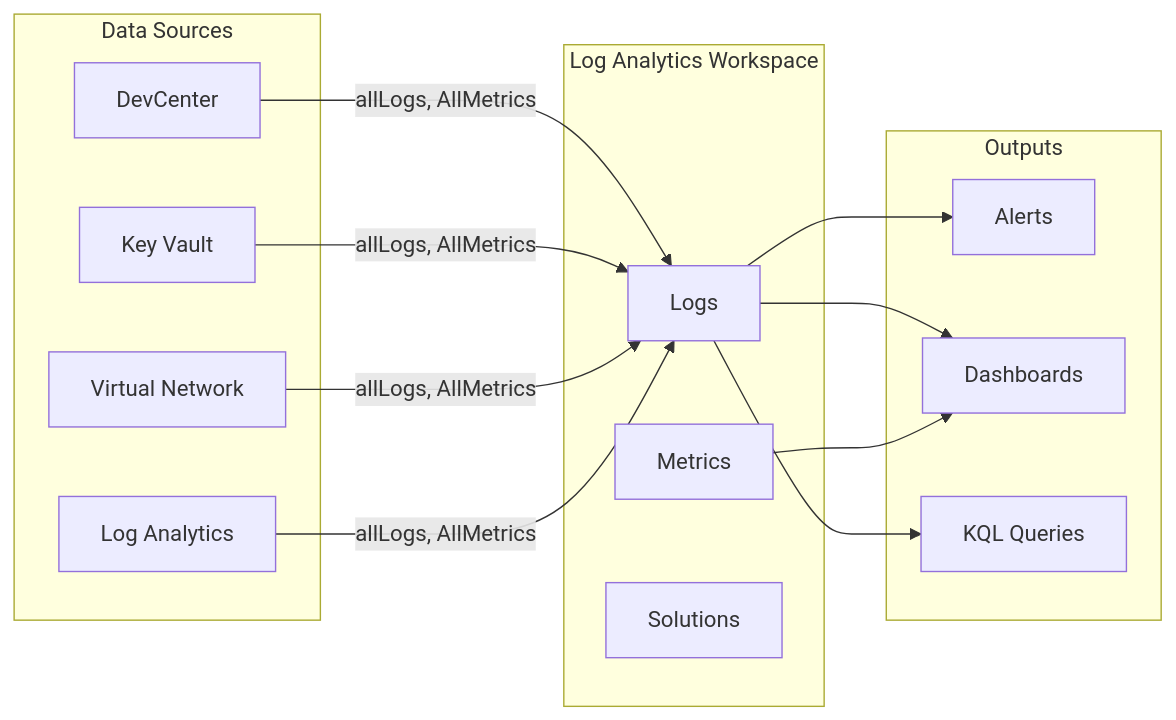
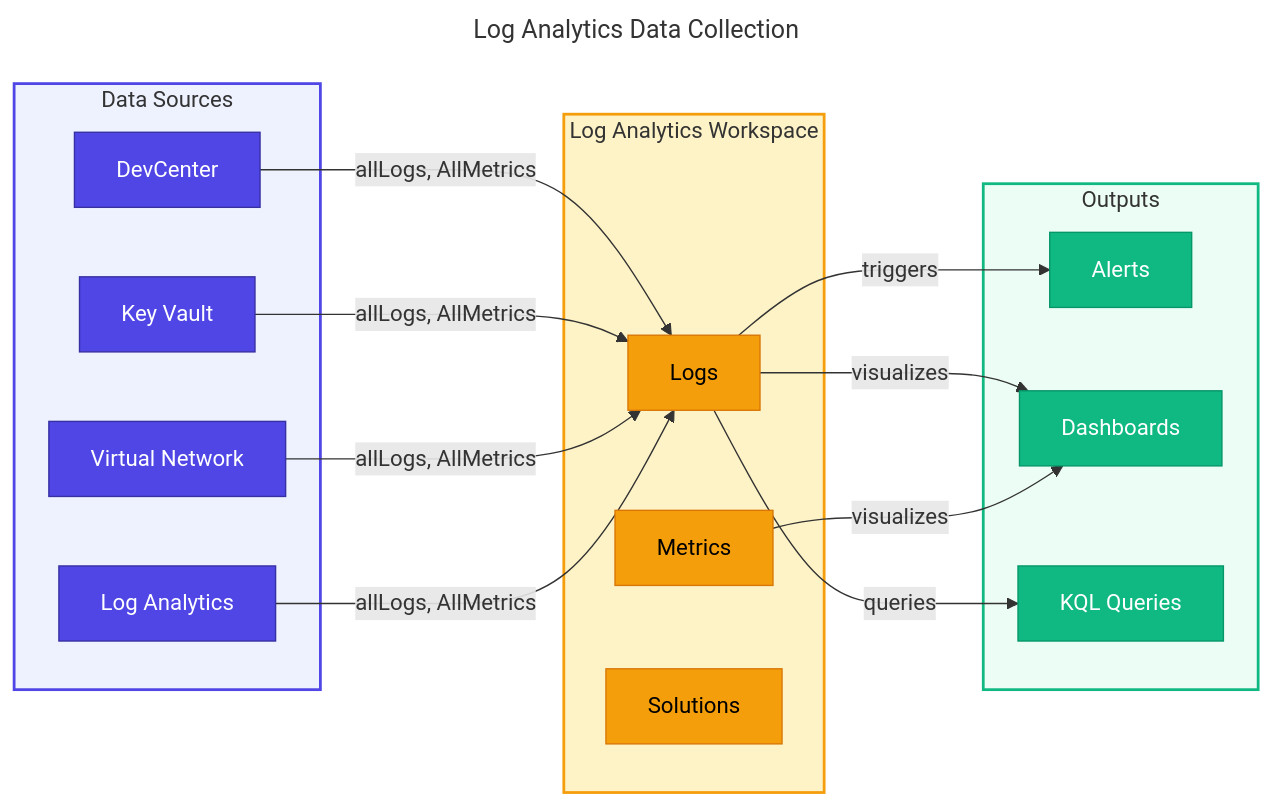
The seventh of 13 diagrams in docs/architecture/02-data-architecture.md (Evilazaro/DevExp-DevBox), drawn with Mermaid before and after one commit. The commit also changed other lines of this file, not shown here.

Commit message:
Refactor data architecture documentation to enhance clarity and detail in diagrams and relationships

````diff
--- a/docs/architecture/02-data-architecture.md
+++ b/docs/architecture/02-data-architecture.md
@@ -395,31 +435,53 @@
 ```mermaid
+---
+title: Log Analytics Data Collection
+---
 flowchart LR
+    %% ===== STYLE DEFINITIONS =====
+    classDef primary fill:#4F46E5,stroke:#3730A3,color:#FFFFFF
+    classDef secondary fill:#10B981,stroke:#059669,color:#FFFFFF
+    classDef datastore fill:#F59E0B,stroke:#D97706,color:#000000
+
+    %% ===== SOURCES =====
     subgraph Sources["Data Sources"]
-        DC[DevCenter]
-        KV[Key Vault]
-        VNET[Virtual Network]
-        LA_SELF[Log Analytics]
+        DC["DevCenter"]
+        KV["Key Vault"]
+        VNET["Virtual Network"]
+        LA_SELF["Log Analytics"]
     end
 
+    %% ===== LOG ANALYTICS WORKSPACE =====
     subgraph LA["Log Analytics Workspace"]
-        LOGS[Logs]
-        METRICS[Metrics]
-        SOLUTIONS[Solutions]
+        LOGS["Logs"]
+        METRICS["Metrics"]
+        SOLUTIONS["Solutions"]
     end
 
+    %% ===== OUTPUTS =====
     subgraph Outputs["Outputs"]
-        ALERTS[Alerts]
-        DASHBOARDS[Dashboards]
-        QUERIES[KQL Queries]
+        ALERTS["Alerts"]
+        DASHBOARDS["Dashboards"]
+        QUERIES["KQL Queries"]
     end
 
-    DC -->|allLogs, AllMetrics| LOGS
-    KV -->|allLogs, AllMetrics| LOGS
-    VNET -->|allLogs, AllMetrics| LOGS
-    LA_SELF -->|allLogs, AllMetrics| LOGS
+    %% ===== CONNECTIONS =====
+    DC -->|"allLogs, AllMetrics"| LOGS
+    KV -->|"allLogs, AllMetrics"| LOGS
+    VNET -->|"allLogs, AllMetrics"| LOGS
+    LA_SELF -->|"allLogs, AllMetrics"| LOGS
 
-    LOGS --> ALERTS
-    LOGS --> DASHBOARDS
-    METRICS --> DASHBOARDS
-    LOGS --> QUERIES
+    LOGS -->|"triggers"| ALERTS
+    LOGS -->|"visualizes"| DASHBOARDS
+    METRICS -->|"visualizes"| DASHBOARDS
+    LOGS -->|"queries"| QUERIES
+
+    %% ===== APPLY STYLES =====
+    class DC,KV,VNET,LA_SELF primary
+    class LOGS,METRICS,SOLUTIONS datastore
+    class ALERTS,DASHBOARDS,QUERIES secondary
+
+    %% ===== SUBGRAPH STYLING =====
+    style Sources fill:#EEF2FF,stroke:#4F46E5,stroke-width:2px
+    style LA fill:#FEF3C7,stroke:#F59E0B,stroke-width:2px
+    style Outputs fill:#ECFDF5,stroke:#10B981,stroke-width:2px
 ```
````
